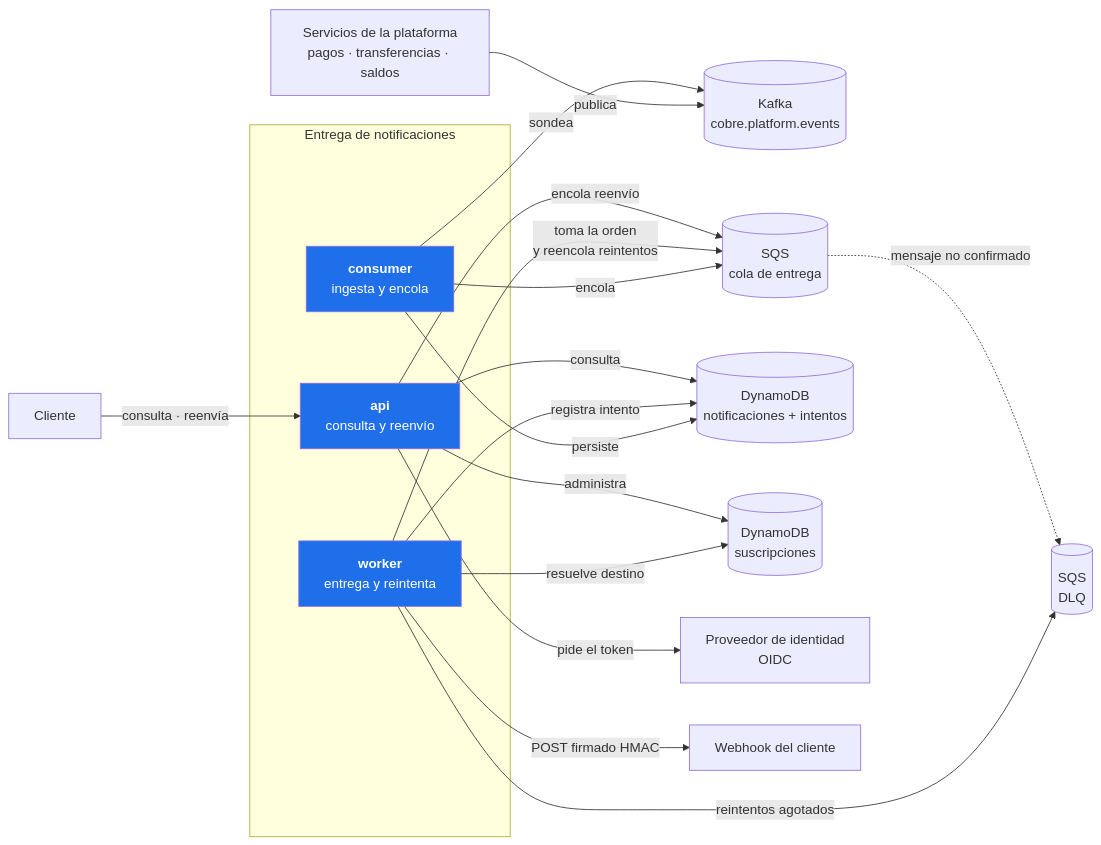
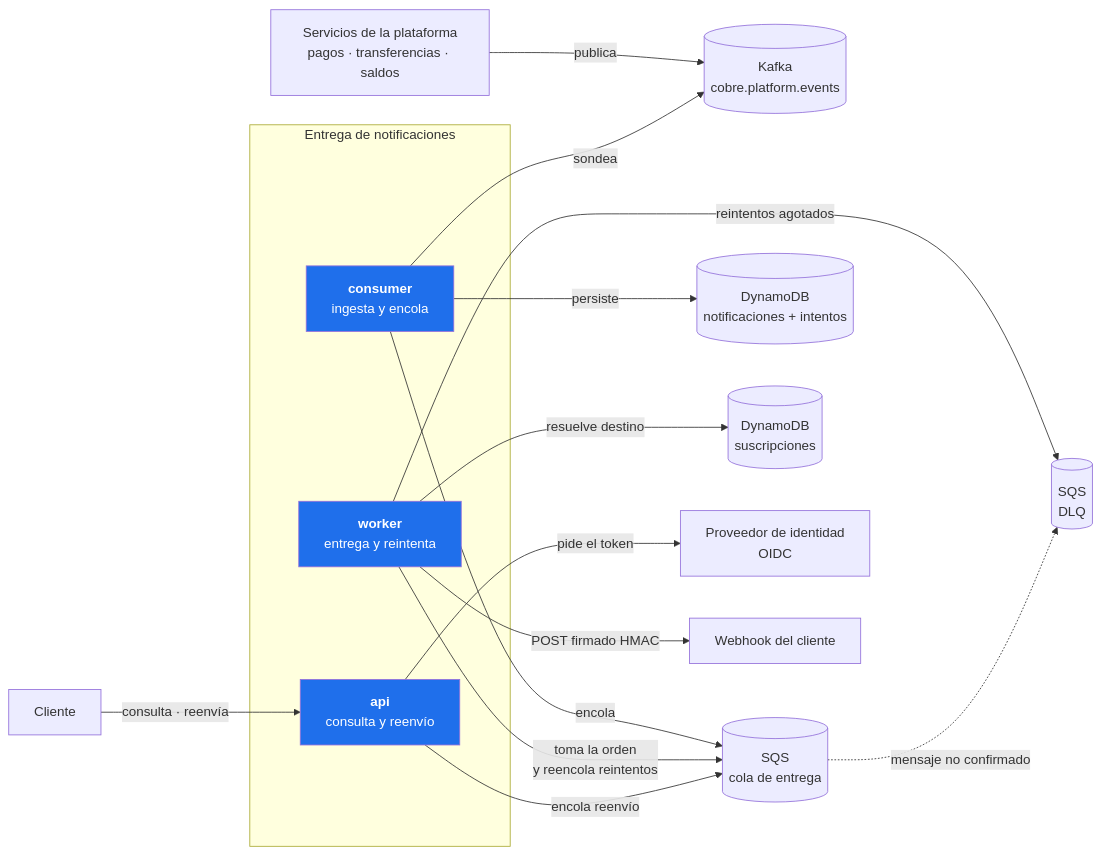
One commit to ssalaza7/cobre-notification-delivery changed the first of 5 diagrams in README.md. Above: the diagram before and after it, drawn with Mermaid. The commit also changed other lines of this file, not shown here.

First line of the commit message:
docs: el diagrama de arquitectura deja de dibujar cada lectura

````diff
--- a/README.md
+++ b/README.md
@@ -21,38 +21,35 @@
 ```mermaid
 flowchart LR
     SVC["Servicios de la plataforma<br/>pagos · transferencias · saldos"]
     K[("Kafka<br/>cobre.platform.events")]
     Q[("SQS<br/>cola de entrega")]
     DLQ[("SQS<br/>DLQ")]
     DB[("DynamoDB<br/>notificaciones + intentos")]
     SUB[("DynamoDB<br/>suscripciones")]
     IDP["Proveedor de identidad<br/>OIDC"]
     CLI["Webhook del cliente"]
     USR["Cliente"]
 
     subgraph svc["Entrega de notificaciones"]
         CON["<b>consumer</b><br/>ingesta y encola"]
         W["<b>worker</b><br/>entrega y reintenta"]
         API["<b>api</b><br/>consulta y reenvío"]
     end
 
     SVC -->|publica| K
     CON -->|sondea| K
     CON -->|persiste| DB
     CON -->|encola| Q
     W -->|toma la orden<br/>y reencola reintentos| Q
     W -->|resuelve destino| SUB
-    W -->|registra intento| DB
     W -->|POST firmado HMAC| CLI
     W -->|reintentos agotados| DLQ
     Q -.->|mensaje no confirmado| DLQ
     USR -->|consulta · reenvía| API
-    API -->|consulta| DB
-    API -->|administra| SUB
     API -->|pide el token| IDP
     API -->|encola reenvío| Q
 
     style CON fill:#1f6feb,color:#fff
     style W fill:#1f6feb,color:#fff
     style API fill:#1f6feb,color:#fff
 ```
````
